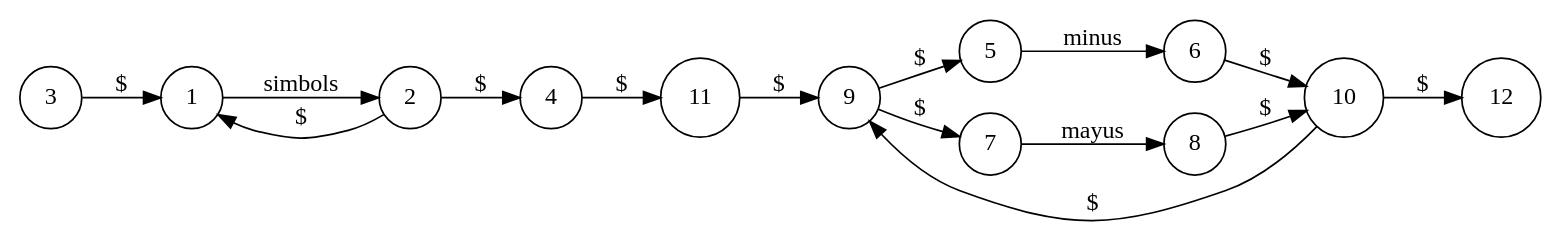
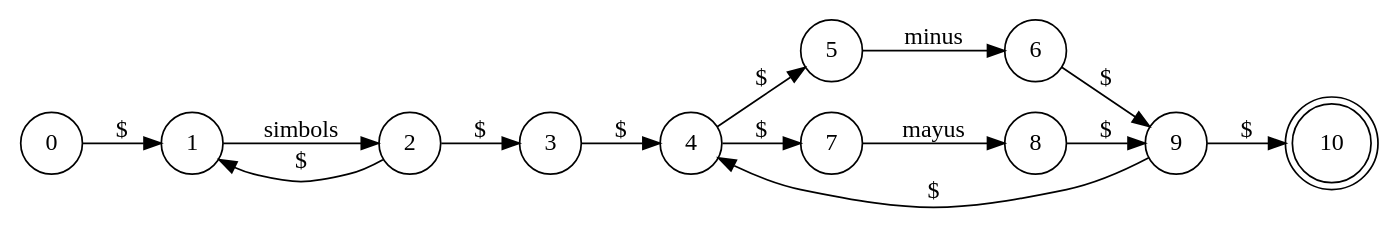
One commit to SolisMario/OLC1_Proyecto1_201900629 changed the diagram in OLC1_Proyecto1_201900629/DOT/erAzarAFN.dot. Above: the diagram before and after it, drawn with Graphviz. The commit also changed 42 other files, not shown here.

```diff
--- a/OLC1_Proyecto1_201900629/DOT/erAzarAFN.dot
+++ b/OLC1_Proyecto1_201900629/DOT/erAzarAFN.dot
@@ -1,29 +1,18 @@
 digraph afd {
 rankdir=LR;
-"nodo1"[shape=circle,label="1"]
-"nodo2"[shape=circle,label="2"]
-"nodo1"->"nodo2"[label="simbols"]
-"nodo3"[shape=circle,label="3"]
-"nodo3"->"nodo1"[label="$"]
-"nodo4"[shape=circle,label="4"]
-"nodo2"->"nodo4"[label="$"]
-"nodo2"->"nodo1"[label="$" constraint=false]
-"nodo5"[shape=circle,label="5"]
-"nodo6"[shape=circle,label="6"]
-"nodo5"->"nodo6"[label="minus"]
-"nodo7"[shape=circle,label="7"]
-"nodo8"[shape=circle,label="8"]
-"nodo7"->"nodo8"[label="mayus"]
-"nodo9"[shape=circle,label="9"]
-"nodo9"->"nodo7"[label="$"]
-"nodo9"->"nodo5"[label="$"]
-"nodo10"[shape=circle,label="10"]
-"nodo8"->"nodo10"[label="$"]
-"nodo6"->"nodo10"[label="$"]
-"nodo11"[shape=circle,label="11"]
-"nodo11"->"nodo9"[label="$"]
-"nodo12"[shape=circle,label="12"]
-"nodo10"->"nodo12"[label="$"]
-"nodo10"->"nodo9"[label="$" constraint=false]
-"nodo4"->"nodo11"[label="$"]
+node [shape=circle];
+"0"->"1"[label="$"]
+"2"->"1"[label="$"]
+"1"->"2"[label="simbols"]
+"2"->"3"[label="$"]
+"3"->"4"[label="$"]
+"9"->"4"[label="$"]
+"4"->"5"[label="$"]
+"4"->"7"[label="$"]
+"5"->"6"[label="minus"]
+"6"->"9"[label="$"]
+"7"->"8"[label="mayus"]
+"8"->"9"[label="$"]
+"9"->"10"[label="$"]
+10[shape=doublecircle,label=10]
 }
```
